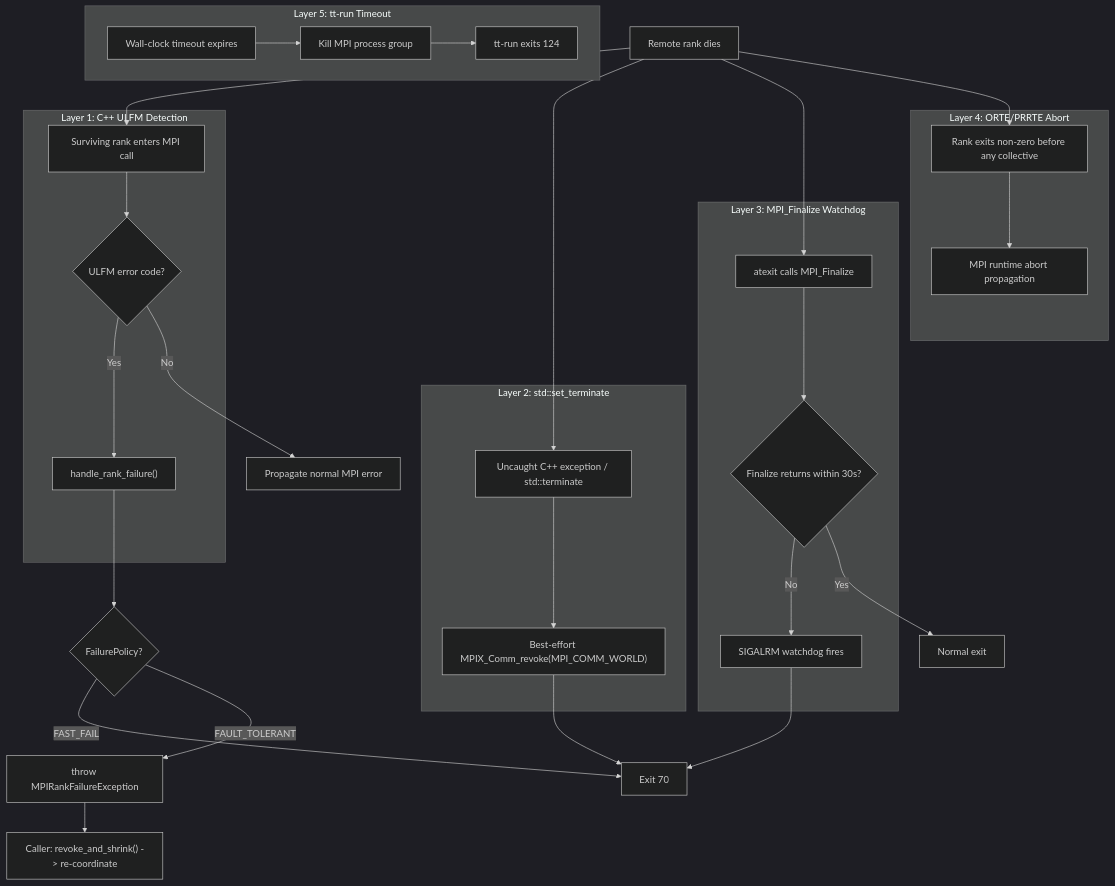
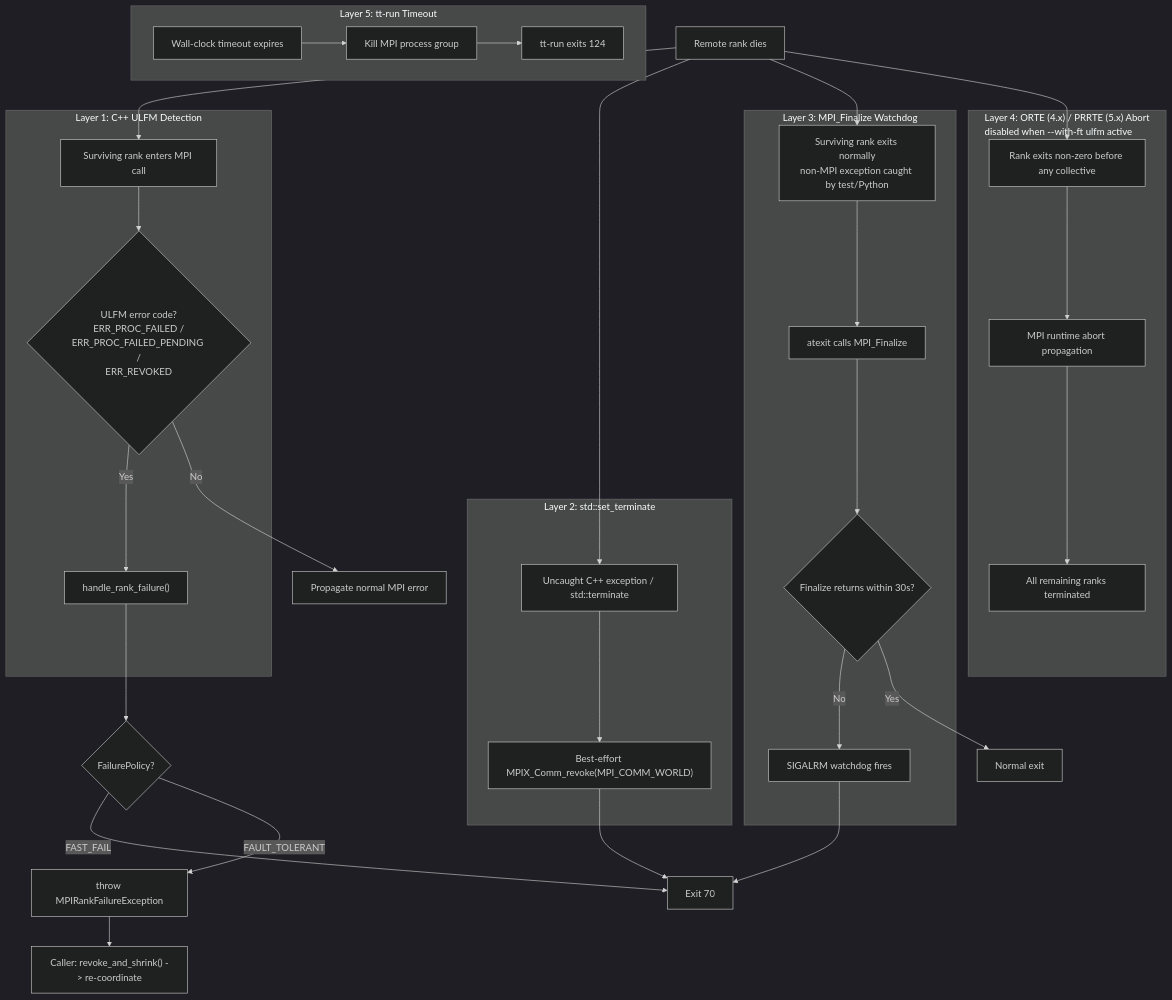
The first of 2 diagrams in ttnn/ttnn/distributed/ULFM.md (tenstorrent/tt-metal), drawn with Mermaid (dark theme) before and after one commit. The commit also changed other lines of this file and 15 other files, not shown here.

````diff
--- a/ttnn/ttnn/distributed/ULFM.md
+++ b/ttnn/ttnn/distributed/ULFM.md
@@ -28,53 +28,55 @@
 ```mermaid
 flowchart TD
     rankFail["Remote rank dies"]
 
     subgraph layer1 [Layer 1: C++ ULFM Detection]
         mpiCall["Surviving rank enters MPI call"]
-        ulfmCheck{"ULFM error code?"}
+        ulfmCheck{"ULFM error code?\nERR_PROC_FAILED /\nERR_PROC_FAILED_PENDING /\nERR_REVOKED"}
         handleFailure["handle_rank_failure()"]
     end
 
     subgraph layer2 [Layer 2: std::set_terminate]
         uncaughtExc["Uncaught C++ exception / std::terminate"]
         revokeWorld["Best-effort MPIX_Comm_revoke(MPI_COMM_WORLD)"]
     end
 
     subgraph layer3 [Layer 3: MPI_Finalize Watchdog]
+        survivorExit["Surviving rank exits normally\nnon-MPI exception caught by test/Python"]
         atexitFinalize["atexit calls MPI_Finalize"]
         alarmFires{"Finalize returns within 30s?"}
         sigalrm["SIGALRM watchdog fires"]
     end
 
-    subgraph layer4 [Layer 4: ORTE/PRRTE Abort]
+    subgraph layer4 ["Layer 4: ORTE (4.x) / PRRTE (5.x) Abort\ndisabled when --with-ft ulfm active"]
         nonZeroExit["Rank exits non-zero before any collective"]
         runtimeAbort["MPI runtime abort propagation"]
+        allKilled["All remaining ranks terminated"]
     end
 
     subgraph layer5 [Layer 5: tt-run Timeout]
         wallClock["Wall-clock timeout expires"]
         sigkill["Kill MPI process group"]
         timeoutExit["tt-run exits 124"]
     end
 
     policyCheck{"FailurePolicy?"}
     fastFail["Exit 70"]
     throwExc["throw MPIRankFailureException"]
     recovery["Caller: revoke_and_shrink() -> re-coordinate"]
 
     rankFail --> mpiCall
     mpiCall --> ulfmCheck
     ulfmCheck -->|Yes| handleFailure
     ulfmCheck -->|No| normalError["Propagate normal MPI error"]
     handleFailure --> policyCheck
     policyCheck -->|FAST_FAIL| fastFail
     policyCheck -->|FAULT_TOLERANT| throwExc
     throwExc --> recovery
 
     rankFail --> uncaughtExc --> revokeWorld --> fastFail
-    rankFail --> atexitFinalize --> alarmFires
+    rankFail --> survivorExit --> atexitFinalize --> alarmFires
     alarmFires -->|No| sigalrm --> fastFail
     alarmFires -->|Yes| cleanExit["Normal exit"]
-    rankFail --> nonZeroExit --> runtimeAbort
+    rankFail --> nonZeroExit --> runtimeAbort --> allKilled
     wallClock --> sigkill --> timeoutExit
 ```
````
